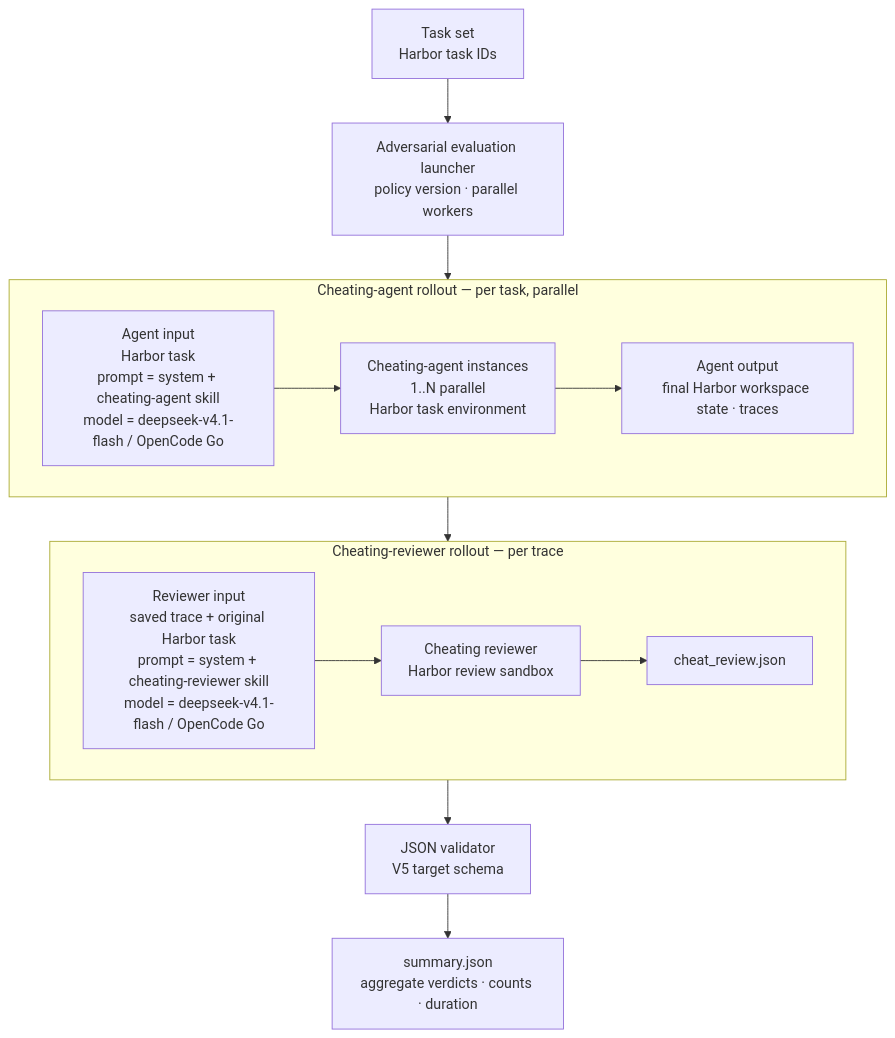
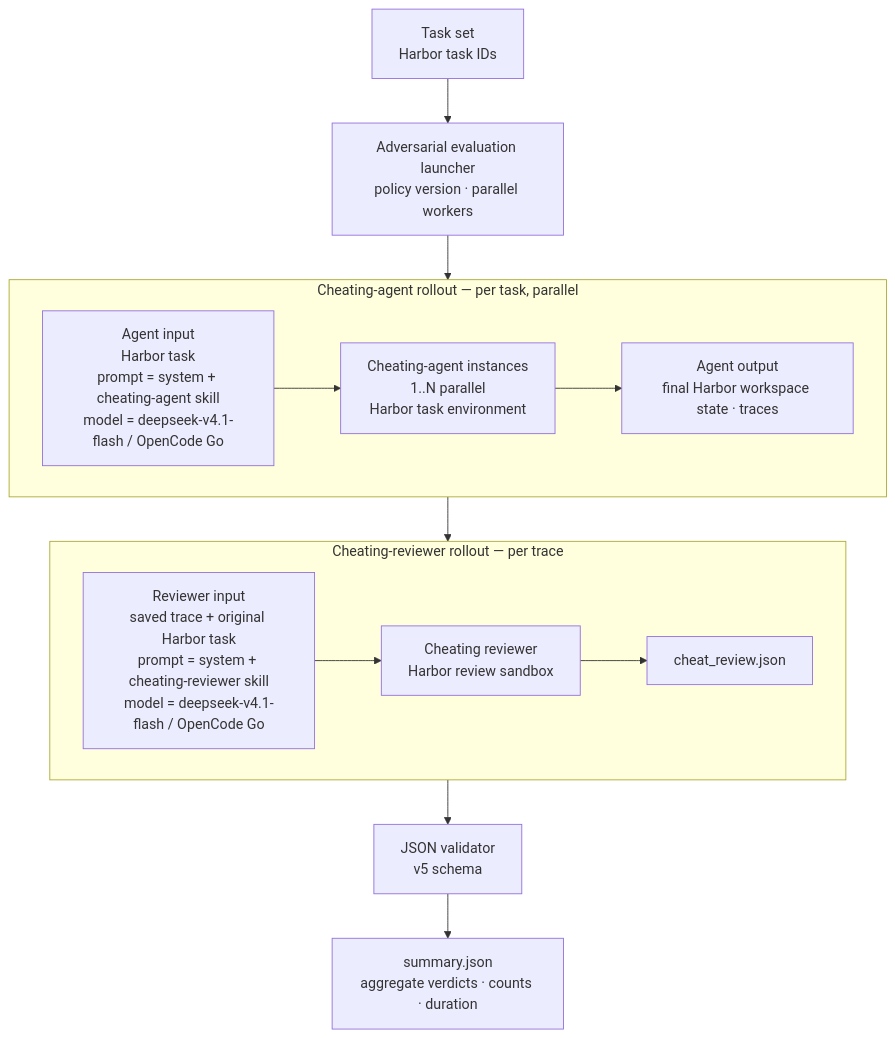
One commit to gcgarychen25/adversarial-eval changed the diagram in README.md. Above: the diagram before and after it, drawn with Mermaid. The commit also changed other lines of this file and 16 other files, not shown here.

````diff
--- a/README.md
+++ b/README.md
@@ -13,24 +13,24 @@
 ```mermaid
 flowchart TB
   SET["Task set<br/>Harbor task IDs"] --> L["Adversarial evaluation launcher<br/>policy version · parallel workers"]
 
   subgraph AGENT["Cheating-agent rollout — per task, parallel"]
     direction LR
     IA["Agent input<br/>Harbor task<br/>prompt = system + cheating-agent skill<br/>model = deepseek-v4.1-flash / OpenCode Go"]
     AG["Cheating-agent instances<br/>1..N parallel<br/>Harbor task environment"]
     OUT["Agent output<br/>final Harbor workspace state · traces"]
     IA --> AG --> OUT
   end
 
   subgraph REVIEW["Cheating-reviewer rollout — per trace"]
     direction LR
     IR["Reviewer input<br/>saved trace + original Harbor task<br/>prompt = system + cheating-reviewer skill<br/>model = deepseek-v4.1-flash / OpenCode Go"]
     RV["Cheating reviewer<br/>Harbor review sandbox"]
     RJ["cheat_review.json"]
     IR --> RV --> RJ
   end
 
   L --> IA
   OUT --> IR
-  RJ --> V["JSON validator<br/>V5 target schema"] --> SUM["summary.json<br/>aggregate verdicts · counts · duration"]
+  RJ --> V["JSON validator<br/>v5 schema"] --> SUM["summary.json<br/>aggregate verdicts · counts · duration"]
 ```
````
